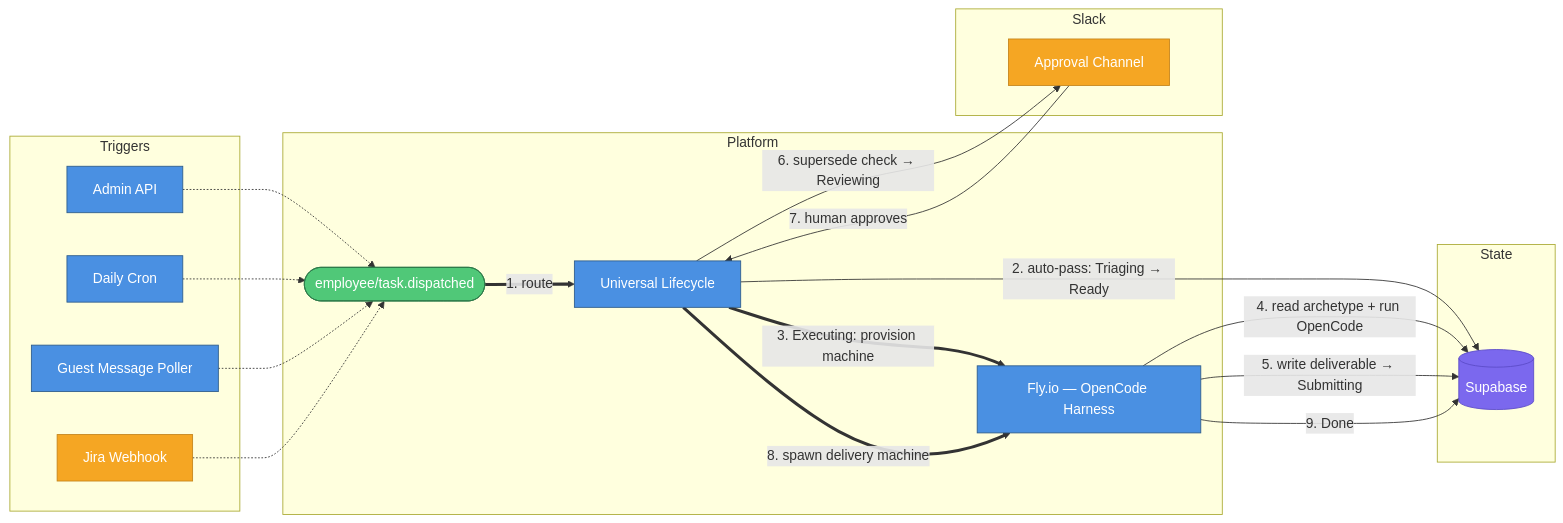
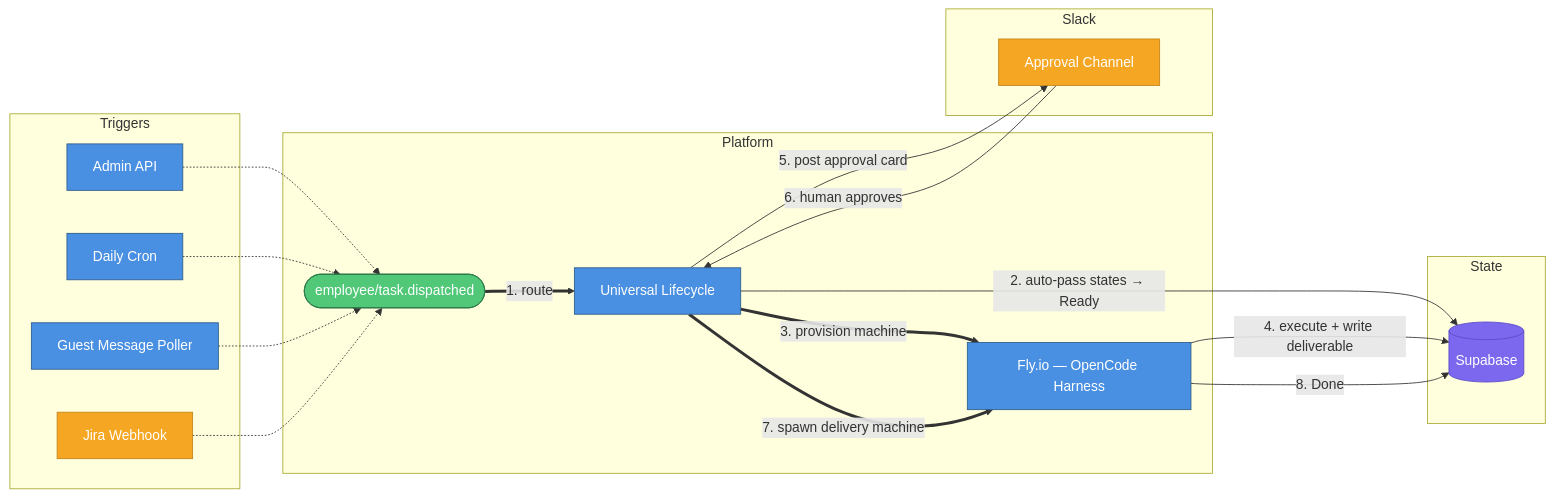
One commit to viiqswim/dozaldevs-ai-employee changed the first of 5 diagrams in docs/2026-04-29-2255-current-system-state.md. Above: the diagram before and after it, drawn with Mermaid. The commit also changed other lines of this file, not shown here.

Commit message:
docs: replace lifecycle stateDiagram with flowchart TD, fix duplicate arrows

````diff
--- a/docs/2026-04-29-2255-current-system-state.md
+++ b/docs/2026-04-29-2255-current-system-state.md
@@ -11,42 +11,41 @@
 ```mermaid
 flowchart LR
     subgraph Triggers["Triggers"]
         ADMIN["Admin API"]:::service
         CRON["Daily Cron"]:::service
         GUESTCRON["Guest Message Poller"]:::service
         JIRA["Jira Webhook"]:::external
     end
 
     subgraph Platform["Platform"]
         DISPATCH(["employee/task.dispatched"]):::event
         LIFECYCLE["Universal Lifecycle"]:::service
         HARNESS["Fly.io — OpenCode Harness"]:::service
     end
 
     subgraph StateStore["State"]
         DB[("Supabase")]:::storage
     end
 
     subgraph SlackOut["Slack"]
         SLACKCHAN["Approval Channel"]:::external
     end
 
     ADMIN -.-> DISPATCH
     CRON -.-> DISPATCH
     GUESTCRON -.-> DISPATCH
     JIRA -.-> DISPATCH
     DISPATCH ==>|"1. route"| LIFECYCLE
-    LIFECYCLE -->|"2. auto-pass: Triaging → Ready"| DB
-    LIFECYCLE ==>|"3. Executing: provision machine"| HARNESS
-    HARNESS -->|"4. read archetype + run OpenCode"| DB
-    HARNESS -->|"5. write deliverable → Submitting"| DB
-    LIFECYCLE -->|"6. supersede check → Reviewing"| SLACKCHAN
-    SLACKCHAN -->|"7. human approves"| LIFECYCLE
-    LIFECYCLE ==>|"8. spawn delivery machine"| HARNESS
-    HARNESS -->|"9. Done"| DB
+    LIFECYCLE -->|"2. auto-pass states → Ready"| DB
+    LIFECYCLE ==>|"3. provision machine"| HARNESS
+    HARNESS -->|"4. execute + write deliverable"| DB
+    LIFECYCLE -->|"5. post approval card"| SLACKCHAN
+    SLACKCHAN -->|"6. human approves"| LIFECYCLE
+    LIFECYCLE ==>|"7. spawn delivery machine"| HARNESS
+    HARNESS -->|"8. Done"| DB
 
     classDef service fill:#4A90E2,stroke:#2E5C8A,color:#fff
     classDef storage fill:#7B68EE,stroke:#5B4BC7,color:#fff
     classDef external fill:#F5A623,stroke:#C4841A,color:#fff
     classDef event fill:#50C878,stroke:#2D7A4A,color:#fff
 ```
````
